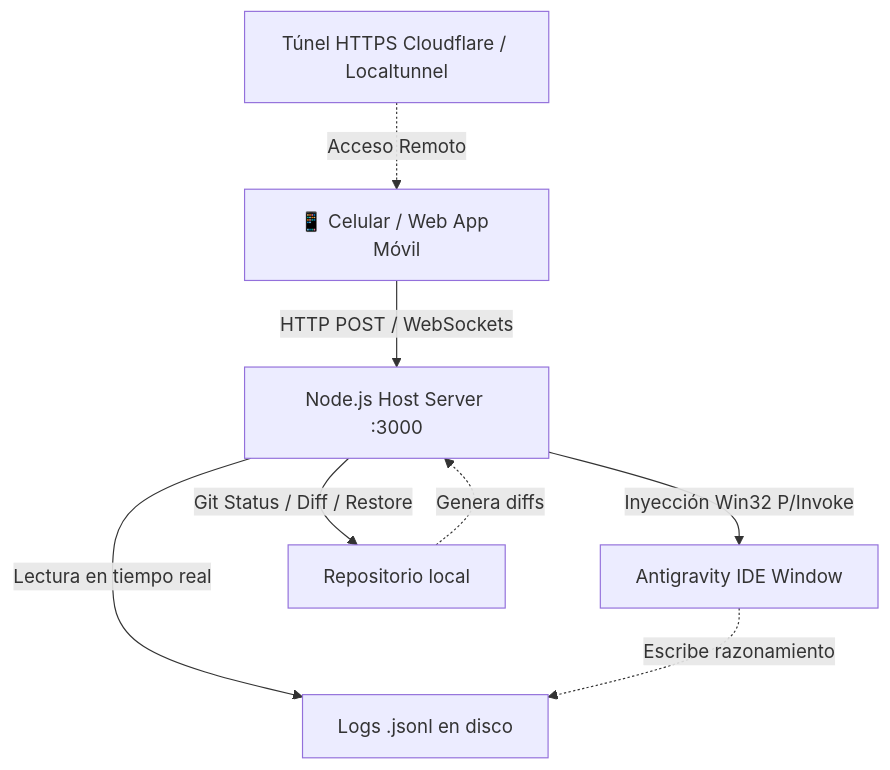
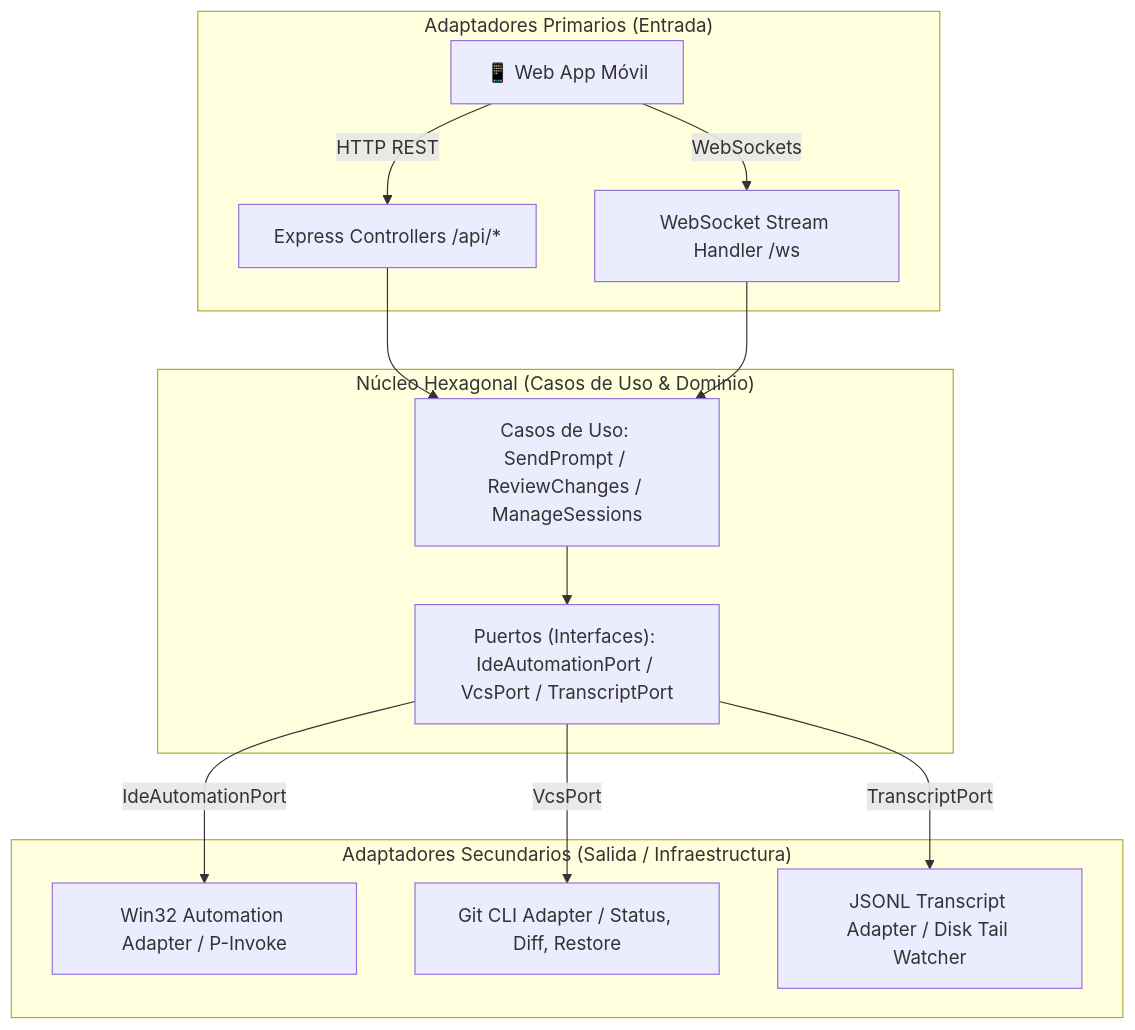
Before and after one commit to IvanCR48/Pocket-AntiGravityIDE: the diagram in README.md, drawn with Mermaid. The commit also changed other lines of this file and 2 other files, not shown here.

Commit message:
docs: document Hexagonal Clean Architecture and bump to v1.3.0

````diff
--- a/README.md
+++ b/README.md
@@ -88,10 +90,19 @@
 ```mermaid
 flowchart TD
-    Phone[📱 Celular / Web App Móvil] -->|HTTP POST / WebSockets| Server[Node.js Host Server :3000]
-    Tunnel[Túnel HTTPS Cloudflare / Localtunnel] -.->|Acceso Remoto| Phone
-    Server -->|Inyección Win32 P/Invoke| IDE[Antigravity IDE Window]
-    Server -->|Lectura en tiempo real| Transcripts[Logs .jsonl en disco]
-    Server -->|Git Status / Diff / Restore| Repo[Repositorio local]
-    IDE -.->|Escribe razonamiento| Transcripts
-    Repo -.->|Genera diffs| Server
+    subgraph DrivingAdapters ["Adaptadores Primarios (Entrada)"]
+        Phone[📱 Web App Móvil] -->|HTTP REST| Express[Express Controllers /api/*]
+        Phone -->|WebSockets| WS[WebSocket Stream Handler /ws]
+    end
+
+    subgraph CoreDomain ["Núcleo Hexagonal (Casos de Uso & Dominio)"]
+        Express --> UseCases[Casos de Uso: SendPrompt / ReviewChanges / ManageSessions]
+        WS --> UseCases
+        UseCases --> Ports["Puertos (Interfaces): IdeAutomationPort / VcsPort / TranscriptPort"]
+    end
+
+    subgraph DrivenAdapters ["Adaptadores Secundarios (Salida / Infraestructura)"]
+        Ports -->|IdeAutomationPort| Win32Adapter[Win32 Automation Adapter / P-Invoke]
+        Ports -->|VcsPort| GitAdapter[Git CLI Adapter / Status, Diff, Restore]
+        Ports -->|TranscriptPort| JsonlAdapter[JSONL Transcript Adapter / Disk Tail Watcher]
+    end
 ```
````
